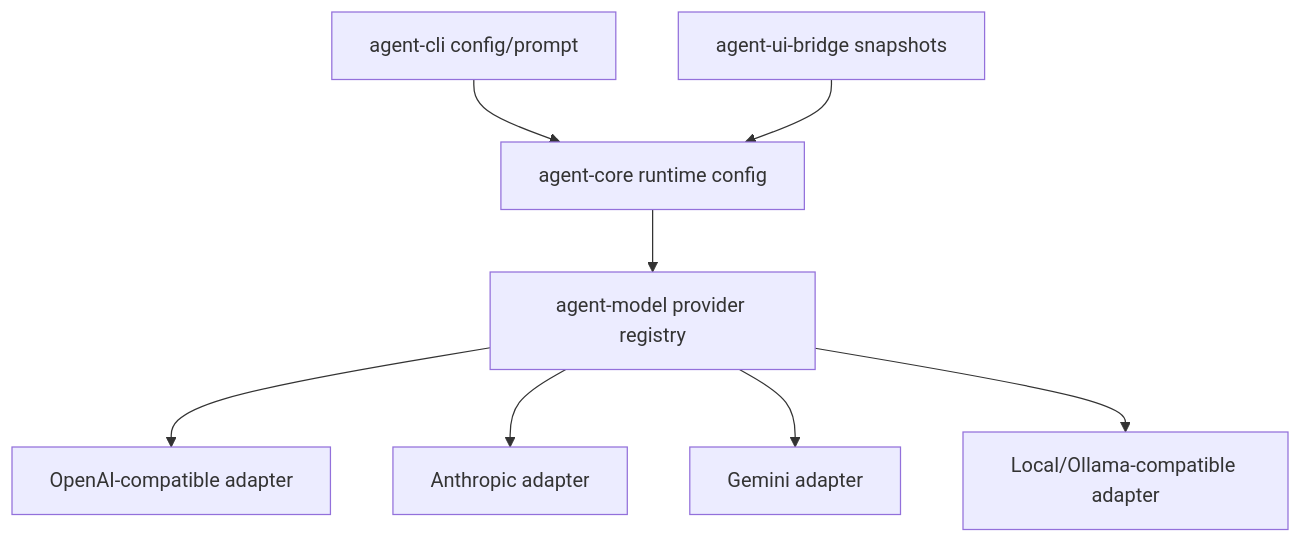
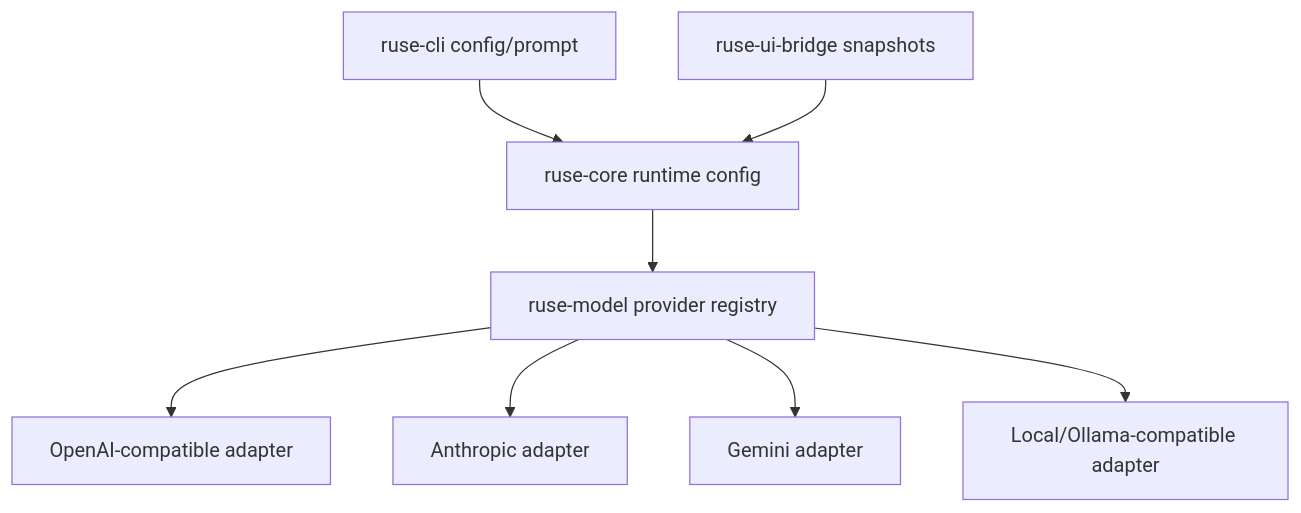
One commit to poneding/agent changed the diagram in docs/specs/M57-multi-provider-runtime.spec.md. Above: the diagram before and after it, drawn with Mermaid. The commit also changed other lines of this file and 2091 other files, not shown here.

First line of the commit message:
refactor: rename agent branding to ruse

````diff
--- a/docs/specs/M57-multi-provider-runtime.spec.md
+++ b/docs/specs/M57-multi-provider-runtime.spec.md
@@ -34,10 +34,10 @@
 ```mermaid
 flowchart TD
-  Config["agent-core runtime config"] --> Model["agent-model provider registry"]
+  Config["ruse-core runtime config"] --> Model["ruse-model provider registry"]
   Model --> OpenAI["OpenAI-compatible adapter"]
   Model --> Anthropic["Anthropic adapter"]
   Model --> Gemini["Gemini adapter"]
   Model --> Local["Local/Ollama-compatible adapter"]
-  CLI["agent-cli config/prompt"] --> Config
-  UI["agent-ui-bridge snapshots"] --> Config
+  CLI["ruse-cli config/prompt"] --> Config
+  UI["ruse-ui-bridge snapshots"] --> Config
 ```
````
